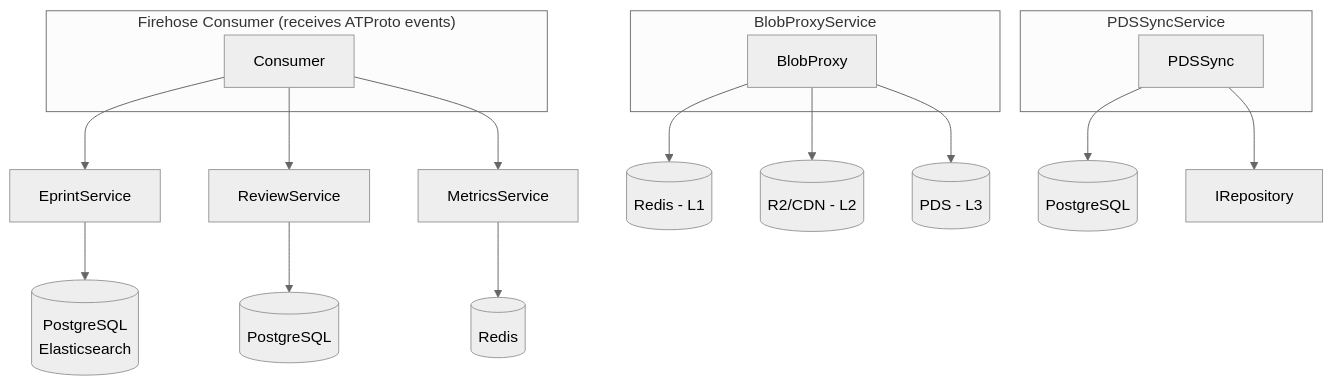
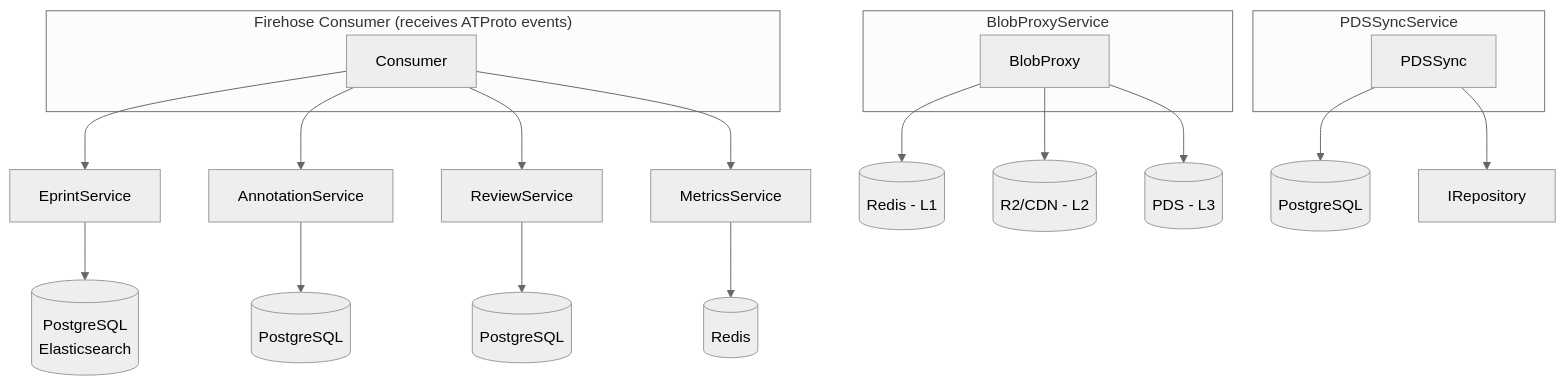
Before and after one commit to chive-pub/chive: the diagram in docs/developer-guide/core-business-services.md, drawn with Mermaid (neutral theme). The commit also changed other lines of this file and 7 other files, not shown here.

````diff
--- a/docs/developer-guide/core-business-services.md
+++ b/docs/developer-guide/core-business-services.md
@@ -21,27 +22,29 @@
 ```mermaid
 flowchart TB
     subgraph Firehose["Firehose Consumer (receives ATProto events)"]
         FC[Consumer]
     end
 
     FC --> ES[EprintService]
+    FC --> AS[AnnotationService]
     FC --> RS[ReviewService]
     FC --> MS[MetricsService]
 
     ES --> ES_DB[(PostgreSQL<br/>Elasticsearch)]
+    AS --> AS_DB[(PostgreSQL)]
     RS --> RS_DB[(PostgreSQL)]
     MS --> MS_DB[(Redis)]
 
     subgraph BlobProxy["BlobProxyService"]
         BP[BlobProxy]
     end
     BP --> BP_L1[(Redis - L1)]
     BP --> BP_L2[(R2/CDN - L2)]
     BP --> BP_L3[(PDS - L3)]
 
     subgraph PDSSync["PDSSyncService"]
         PS[PDSSync]
     end
     PS --> PS_DB[(PostgreSQL)]
     PS --> PS_REPO[IRepository]
 ```
````
